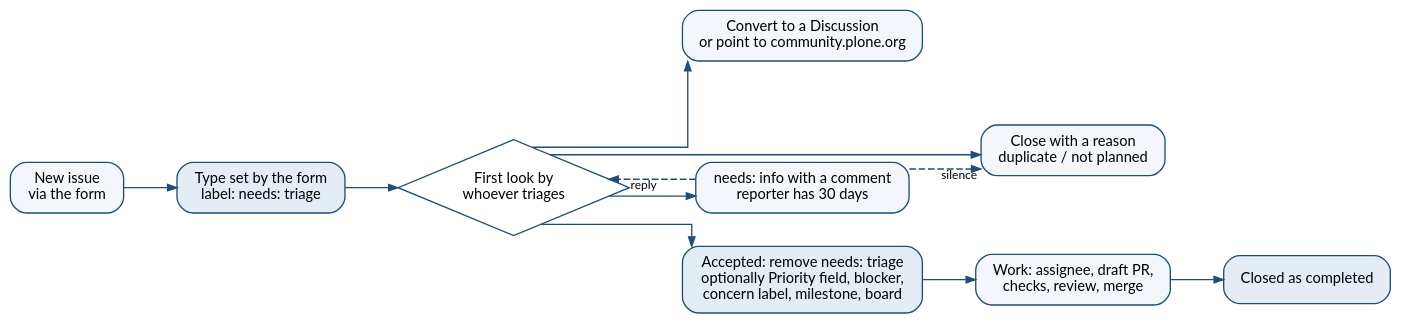
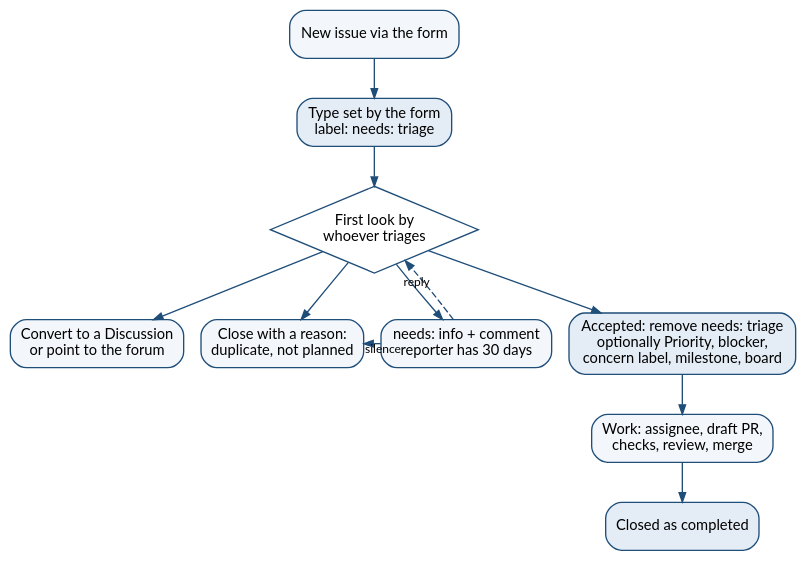
One commit to plone/plone.github changed the diagram in proposal/diagrams/triage-flow.dot. Above: the diagram before and after it, drawn with Graphviz. The commit also changed 21 other files, not shown here.

First line of the commit message:
Fix the review findings: data date, public-only board figures, texts, diagram, CI fonts

```diff
--- a/proposal/diagrams/triage-flow.dot
+++ b/proposal/diagrams/triage-flow.dot
@@ -1,21 +1,22 @@
 digraph triage {
-  rankdir=LR; splines=ortho; nodesep=0.35; ranksep=0.55; bgcolor="transparent";
-  node [shape=box, style="rounded,filled", fillcolor="#F3F6FA", color="#1F4E79", fontname="Lato", fontsize=11, margin="0.18,0.10"];
+  rankdir=TB; splines=true; nodesep=0.18; ranksep=0.42; bgcolor="transparent";
+  node [shape=box, style="rounded,filled", fillcolor="#F3F6FA", color="#1F4E79", fontname="Lato", fontsize=11, margin="0.11,0.07"];
   edge [color="#1F4E79", fontname="Lato", fontsize=9, arrowsize=0.7];
 
-  new    [label="New issue\nvia the form"];
+  new    [label="New issue via the form"];
   auto   [label="Type set by the form\nlabel: needs: triage", fillcolor="#E4ECF5"];
-  look   [label="First look by\nwhoever triages", shape=diamond, style="filled", fillcolor="#FFFFFF", height=1.0];
-  disc   [label="Convert to a Discussion\nor point to community.plone.org"];
-  close  [label="Close with a reason\nduplicate / not planned"];
-  info   [label="needs: info with a comment\nreporter has 30 days"];
-  accept [label="Accepted: remove needs: triage\noptionally Priority field, blocker,\nconcern label, milestone, board", fillcolor="#E4ECF5"];
+  look   [label="First look by\nwhoever triages", shape=diamond, style="filled", fillcolor="#FFFFFF", height=0.9];
+  disc   [label="Convert to a Discussion\nor point to the forum"];
+  close  [label="Close with a reason:\nduplicate, not planned"];
+  info   [label="needs: info + comment\nreporter has 30 days"];
+  accept [label="Accepted: remove needs: triage\noptionally Priority, blocker,\nconcern label, milestone, board", fillcolor="#E4ECF5"];
   work   [label="Work: assignee, draft PR,\nchecks, review, merge"];
   done   [label="Closed as completed", fillcolor="#E4ECF5"];
 
+  { rank=same; disc; close; info; accept; }
   new -> auto -> look;
   look -> disc; look -> close; look -> info; look -> accept;
-  info -> look [xlabel="reply", style=dashed];
-  info -> close [xlabel="silence", style=dashed];
+  info -> look [xlabel="reply", style=dashed, constraint=false];
+  info -> close [xlabel="silence", style=dashed, constraint=false];
   accept -> work -> done;
 }
```
